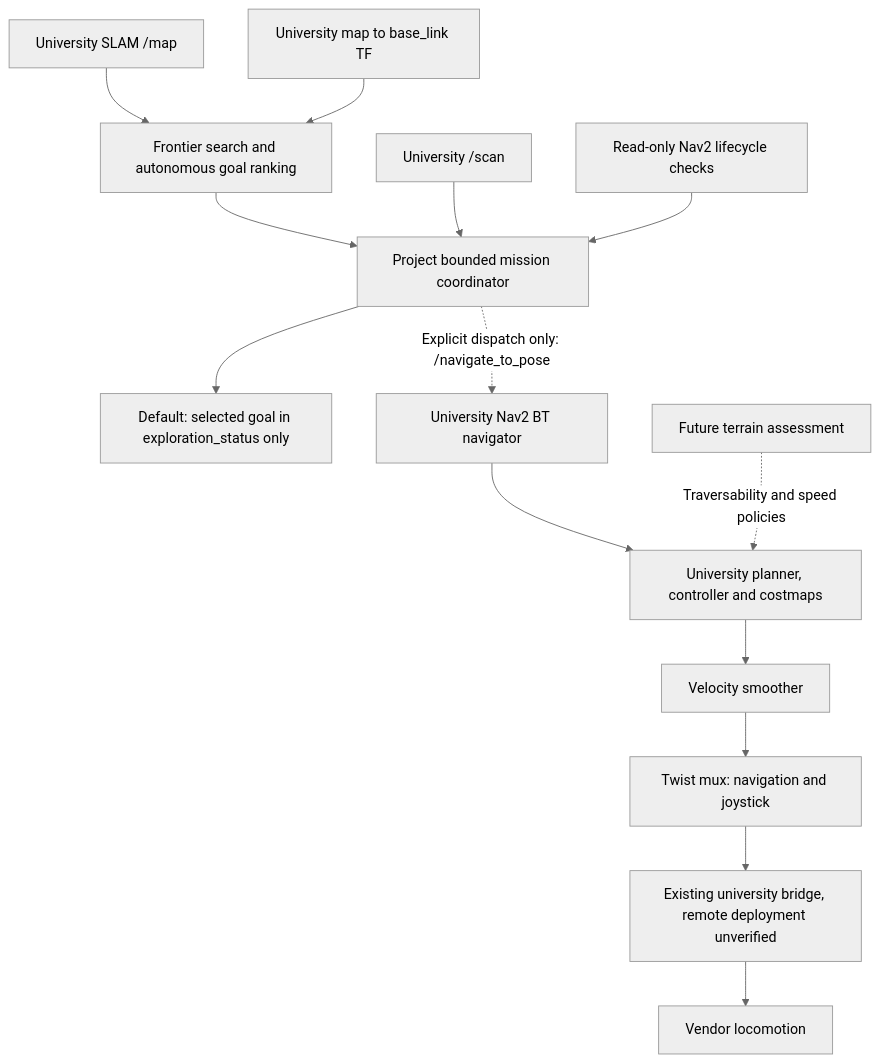
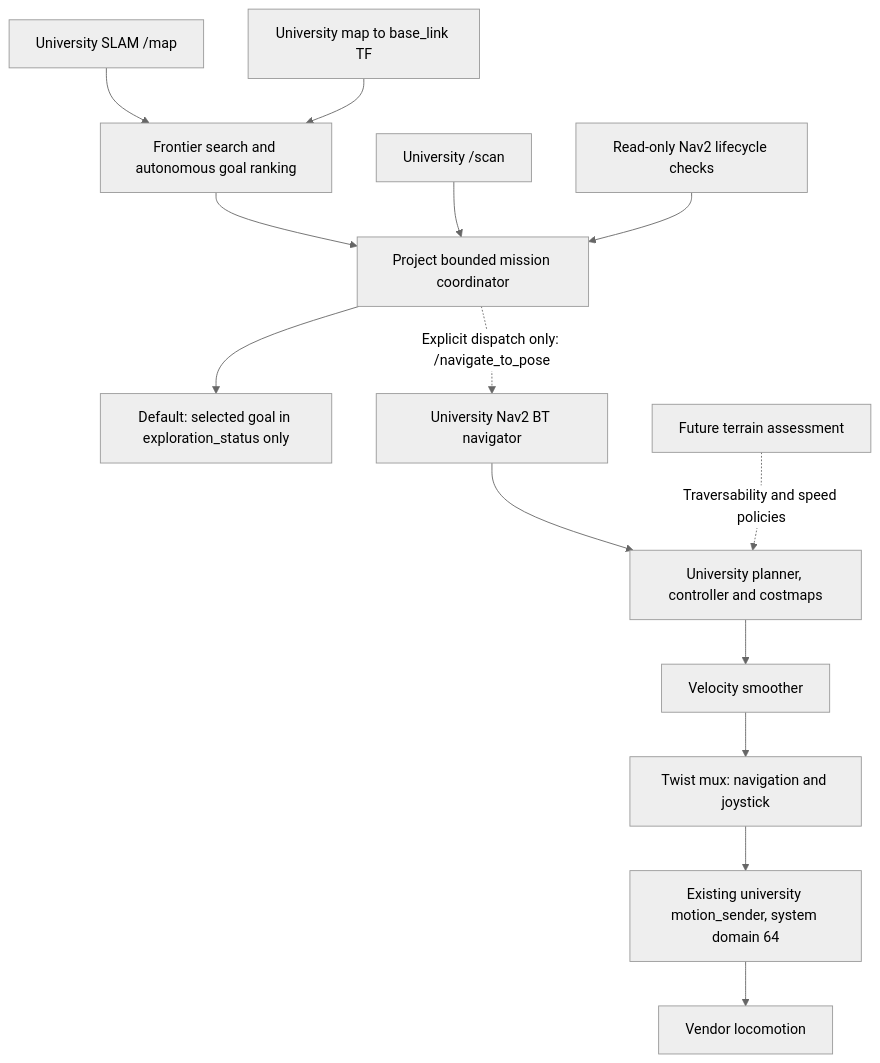
One commit to JaimieSE/Lite3-Autonomous-Navigation changed the diagram in src/lite3_locomotion/docs/autonomy_stack.md. Above: the diagram before and after it, drawn with Mermaid (neutral theme). The commit also changed other lines of this file and 34 other files, not shown here.

Commit message:
Isolate legacy motion tools and complete university-stack architecture audit

````diff
--- a/src/lite3_locomotion/docs/autonomy_stack.md
+++ b/src/lite3_locomotion/docs/autonomy_stack.md
@@ -11,16 +11,16 @@
 ```mermaid
 flowchart TD
     SLAM[University SLAM /map] --> F[Frontier search and autonomous goal ranking]
     TF[University map to base_link TF] --> F
     F --> M[Project bounded mission coordinator]
     SCAN[University /scan] --> M
     LC[Read-only Nav2 lifecycle checks] --> M
     M --> P[Default: selected goal in exploration_status only]
     M -.->|Explicit dispatch only: /navigate_to_pose| N[University Nav2 BT navigator]
     N --> C[University planner, controller and costmaps]
     C --> VS[Velocity smoother]
     VS --> MX[Twist mux: navigation and joystick]
-    MX --> B[Existing university bridge, remote deployment unverified]
+    MX --> B[Existing university motion_sender, system domain 64]
     B --> R[Vendor locomotion]
     T[Future terrain assessment] -.->|Traversability and speed policies| C
 ```
````
